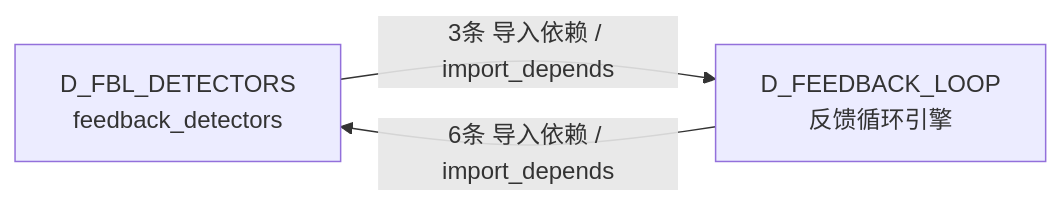
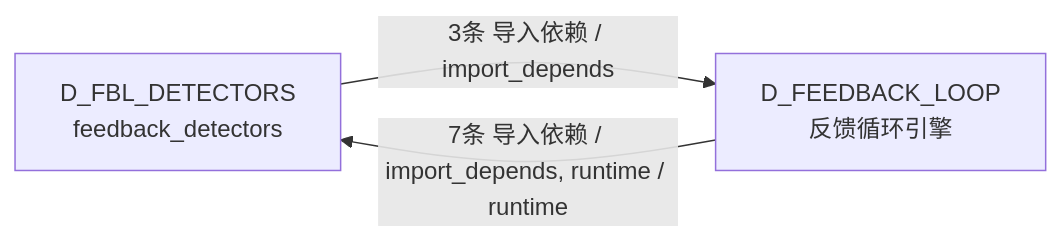
One commit to xuanFelixVan/ZephyrAlpha changed the sixth of 6 diagrams in docs/02_enterprise_architecture/02_domain_architecture_docs/11_d_fbl_detectors.md. Above: the diagram before and after it, drawn with Mermaid. The commit also changed other lines of this file and 81 other files, not shown here.

````diff
--- a/docs/02_enterprise_architecture/02_domain_architecture_docs/11_d_fbl_detectors.md
+++ b/docs/02_enterprise_architecture/02_domain_architecture_docs/11_d_fbl_detectors.md
@@ -390,7 +393,7 @@
 ```mermaid
 graph LR
     D_FBL_DETECTORS["D_FBL_DETECTORS<br/>feedback_detectors"]
     D_FEEDBACK_LOOP["D_FEEDBACK_LOOP<br/>反馈循环引擎"]
     D_FBL_DETECTORS -->|3条 导入依赖 / import_depends| D_FEEDBACK_LOOP
-    D_FEEDBACK_LOOP -->|6条 导入依赖 / import_depends| D_FBL_DETECTORS
+    D_FEEDBACK_LOOP -->|7条 导入依赖 / import_depends, runtime / runtime| D_FBL_DETECTORS
 ```
````
